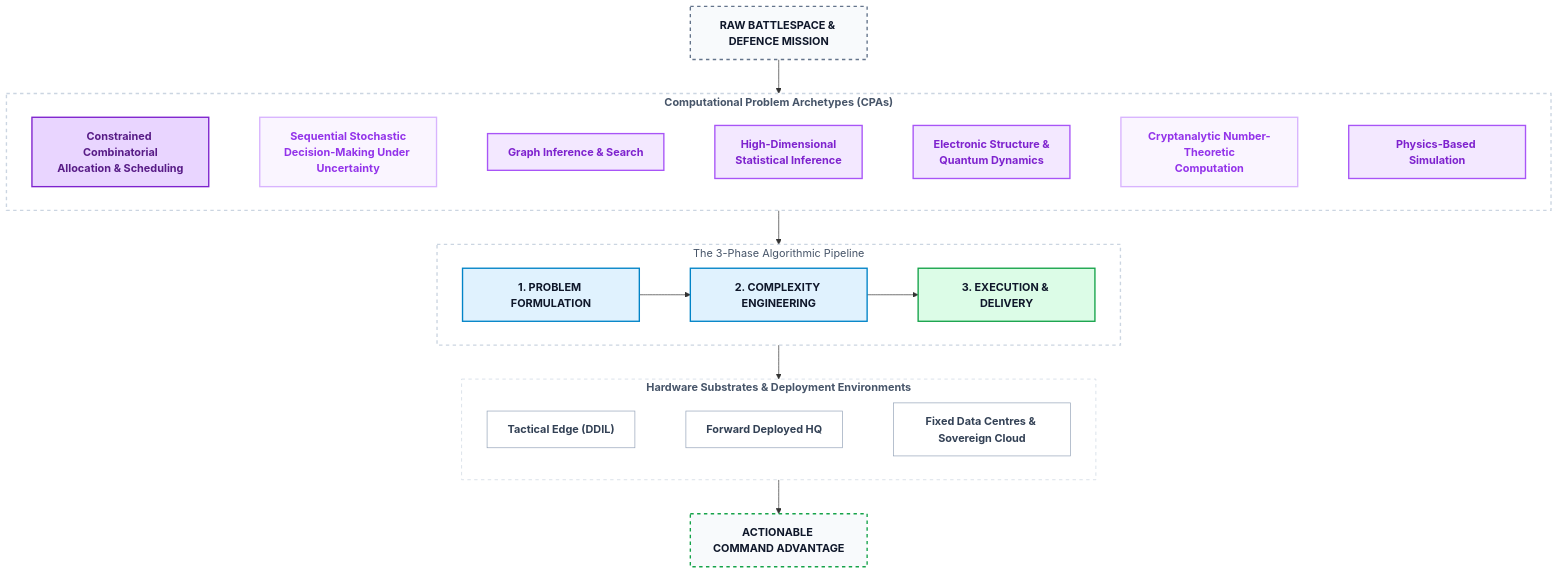
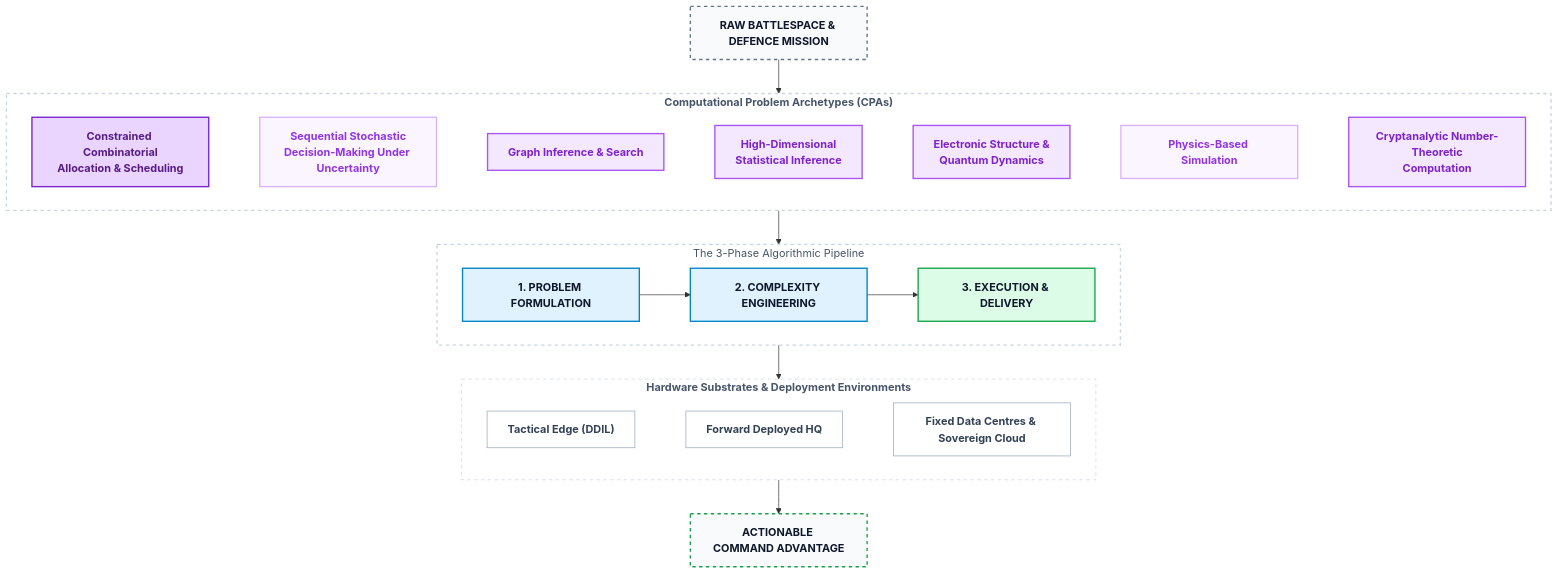
Before and after one commit to baddogdown/knowledge: the first of 6 diagrams in quantum/The_Emergent_Algorithmic_Bridge.md, drawn with Mermaid. The commit also changed other lines of this file, not shown here.

````diff
--- a/quantum/The_Emergent_Algorithmic_Bridge.md
+++ b/quantum/The_Emergent_Algorithmic_Bridge.md
@@ -27,76 +27,76 @@
 ```mermaid
 flowchart TB
 
     %% 1. INPUT
     INBOUND["<b>RAW BATTLESPACE & DEFENCE MISSION</b>"]
 
     %% 2. COMPUTATIONAL PROBLEM ARCHETYPES
     subgraph CPAS ["<b>Computational Problem Archetypes (CPAs)</b>"]
         direction LR
         CPA1["<b>Constrained Combinatorial<br/>Allocation & Scheduling</b>"]
         CPA2["<b>Sequential Stochastic<br/>Decision-Making Under Uncertainty</b>"]
         CPA3["<b>Graph Inference & Search</b>"]
         CPA4["<b>High-Dimensional<br/>Statistical Inference</b>"]
         CPA5["<b>Electronic Structure &<br/>Quantum Dynamics</b>"]
-        CPA6["<b>Cryptanalytic Number-Theoretic<br/>Computation</b>"]
-        CPA7["<b>Physics-Based Simulation</b>"]
+        CPA6["<b>Physics-Based Simulation</b>"]
+        CPA7["<b>Cryptanalytic Number-Theoretic<br/>Computation</b>"]
         
         CPA1 ~~~ CPA2 ~~~ CPA3 ~~~ CPA4 ~~~ CPA5 ~~~ CPA6 ~~~ CPA7
     end
 
     %% 3. PIPELINE PHASES 
     subgraph PHASES ["The 3-Phase Algorithmic Pipeline"]
         direction LR
         P1["<b>1. PROBLEM FORMULATION</b>"] --> P2["<b>2. COMPLEXITY ENGINEERING</b>"] --> P3["<b>3. EXECUTION & DELIVERY</b><br/>"]
     end
 
     %% 4. UNDERPINNING DEPLOYMENT ENVIRONMENTS
     subgraph ENV ["<b>Hardware Substrates & Deployment Environments</b>"]
         direction LR
         E1["<b>Tactical Edge (DDIL)</b>"]
         E2["<b>Forward Deployed HQ</b>"]
         E3["<b>Fixed Data Centres & Sovereign Cloud</b>"]
         
         E1 ~~~ E2 ~~~ E3
     end
 
     %% 5. OUTPUT
     OUTBOUND["<b>ACTIONABLE COMMAND ADVANTAGE</b>"]
 
 
     %% CONNECTIONS
     INBOUND --> CPAS
     CPAS --> PHASES
     PHASES --> ENV
     ENV --> OUTBOUND
 
     %% ==========================================
     %% STYLING
     %% ==========================================
     style INBOUND fill:#f8fafc,stroke:#64748b,stroke-width:2px,color:#0f172a, stroke-dasharray: 5 5
     style OUTBOUND fill:#f8fafc,stroke:#16a34a,stroke-width:2px,color:#0f172a, stroke-dasharray: 5 5
 
     %% Faint dashed wrapper boxes
     style CPAS fill:#ffffff,stroke:#cbd5e1,stroke-width:2px,stroke-dasharray: 5 5,color:#475569
     style PHASES fill:#ffffff,stroke:#cbd5e1,stroke-width:2px,stroke-dasharray: 5 5,color:#475569
     style ENV fill:#ffffff,stroke:#cbd5e1,stroke-width:1px,stroke-dasharray: 5 5,color:#475569
 
     %% Problem Archetype boxes (Matched to Live Spreadsheet Readiness Bands: H=Dark, M=Medium, L=Light)
     style CPA1 fill:#e9d5ff,stroke:#7e22ce,stroke-width:2px,color:#581c87
     style CPA2 fill:#faf5ff,stroke:#d8b4fe,stroke-width:2px,color:#9333ea
     style CPA3 fill:#f3e8ff,stroke:#a855f7,stroke-width:2px,color:#7e22ce
     style CPA4 fill:#f3e8ff,stroke:#a855f7,stroke-width:2px,color:#7e22ce
     style CPA5 fill:#f3e8ff,stroke:#a855f7,stroke-width:2px,color:#7e22ce
     style CPA6 fill:#faf5ff,stroke:#d8b4fe,stroke-width:2px,color:#9333ea
     style CPA7 fill:#f3e8ff,stroke:#a855f7,stroke-width:2px,color:#7e22ce
 
     %% Phase boxes (Kept colors: 1&2 Sovereign Blue, 3 Marketplace Green)
     style P1 fill:#e0f2fe,stroke:#0284c7,stroke-width:2px,color:#0f172a
     style P2 fill:#e0f2fe,stroke:#0284c7,stroke-width:2px,color:#0f172a
     style P3 fill:#dcfce7,stroke:#16a34a,stroke-width:2px,color:#0f172a
 
     %% Environment layer inner boxes
     style E1 fill:#ffffff,stroke:#94a3b8,stroke-width:1px,color:#334155
     style E2 fill:#ffffff,stroke:#94a3b8,stroke-width:1px,color:#334155
     style E3 fill:#ffffff,stroke:#94a3b8,stroke-width:1px,color:#334155
 ```
````
